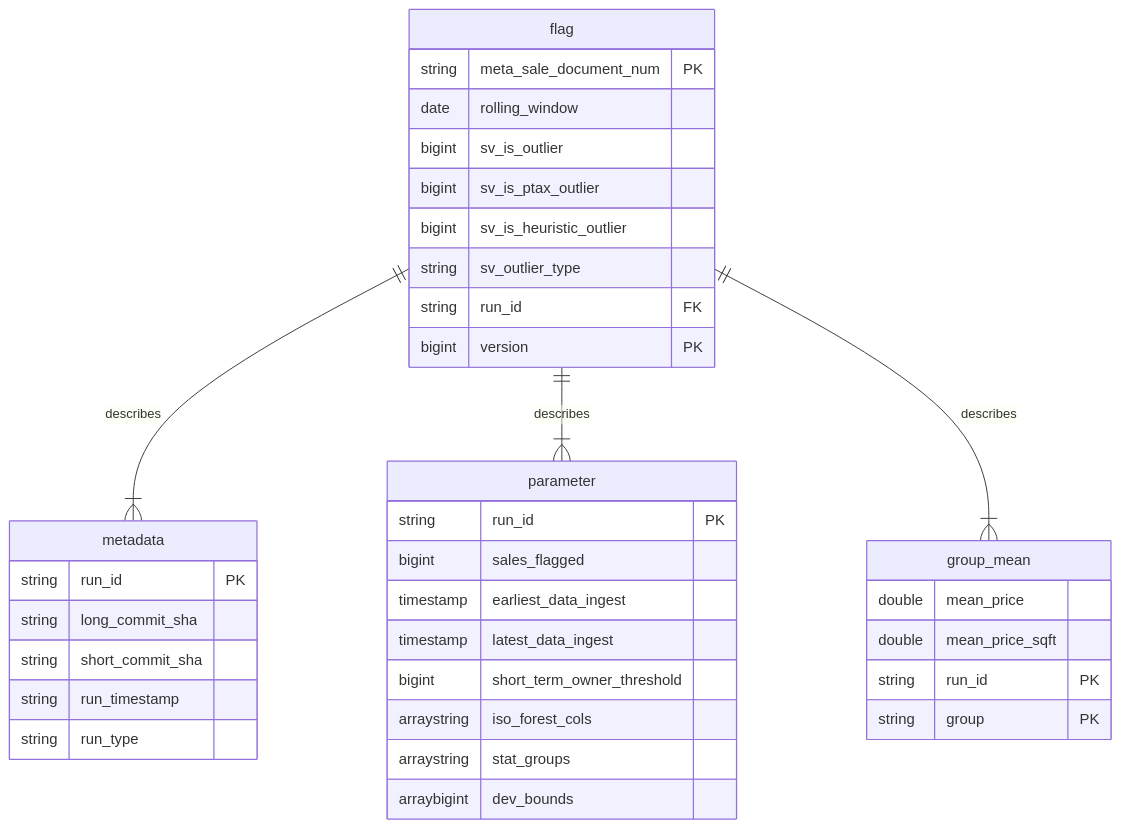
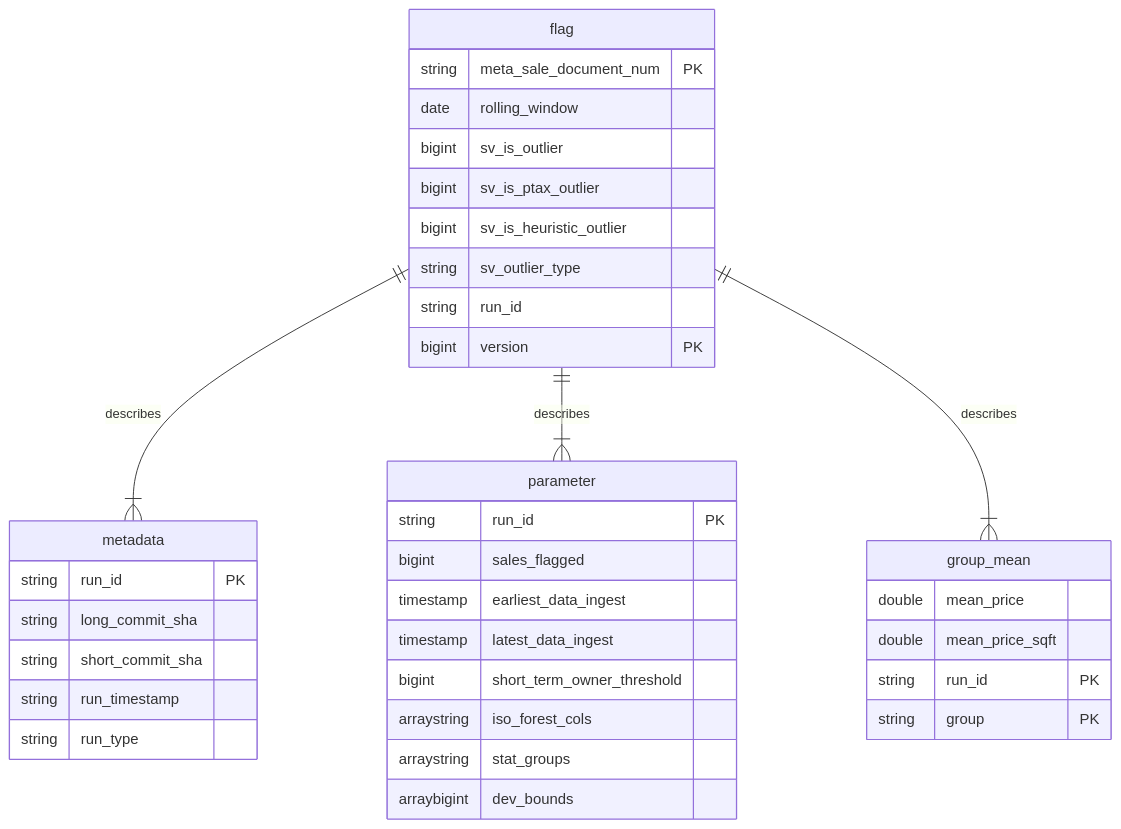
The diagram in README.md (ccao-data/model-sales-val), drawn with Mermaid before and after one commit.

````diff
--- a/README.md
+++ b/README.md
@@ -19,42 +19,42 @@
 ``` mermaid
 erDiagram
     flag ||--|{ metadata : describes
     flag ||--|{ parameter : describes
     flag ||--|{ group_mean : describes
     
     flag {
         string meta_sale_document_num PK
         date rolling_window
         bigint sv_is_outlier
         bigint sv_is_ptax_outlier
         bigint sv_is_heuristic_outlier
         string sv_outlier_type
-        string run_id FK
+        string run_id 
         bigint version PK
 
     }
     metadata {
         string run_id PK
         string long_commit_sha
         string short_commit_sha
         string run_timestamp
         string run_type
     }
     parameter {
         string run_id PK
         bigint sales_flagged
         timestamp earliest_data_ingest
         timestamp latest_data_ingest 
         bigint short_term_owner_threshold
         arraystring iso_forest_cols
         arraystring stat_groups
         arraybigint dev_bounds
     }
 
     group_mean {
         double mean_price
         double mean_price_sqft
         string run_id PK
         string group PK
     }
 ```
````
